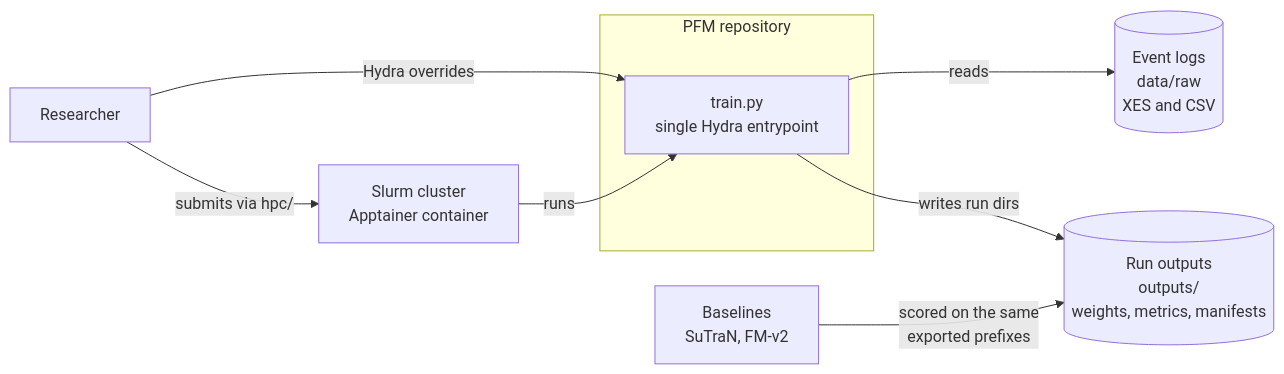
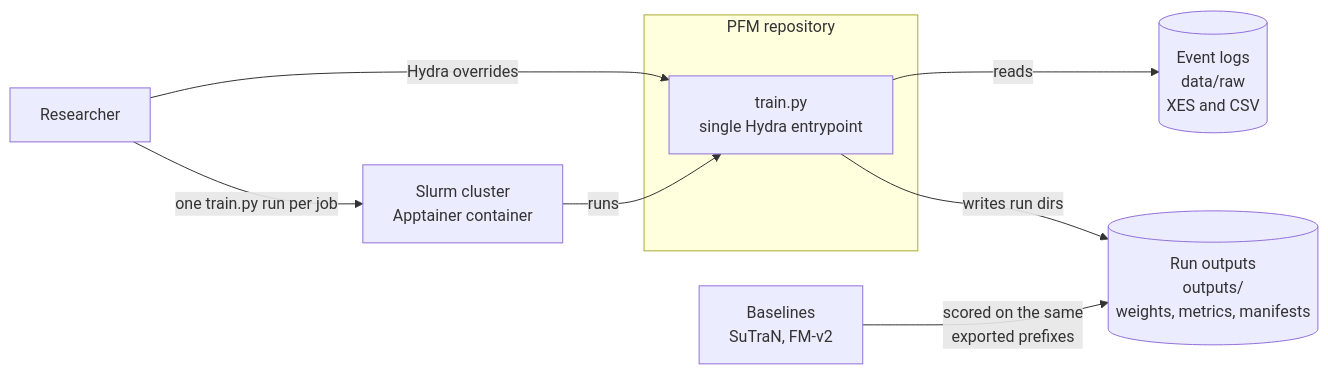
One commit to tuhh-ncps/process-foundation-model changed the first of 4 diagrams in ARCHITECTURE.md. Above: the diagram before and after it, drawn with Mermaid. The commit also changed 64 other files, not shown here.

````diff
--- a/ARCHITECTURE.md
+++ b/ARCHITECTURE.md
@@ -17,18 +17,18 @@
 ```mermaid
 flowchart LR
     R["Researcher"]
     subgraph PFM["PFM repository"]
         E["train.py<br/>single Hydra entrypoint"]
     end
     L[("Event logs<br/>data/raw<br/>XES and CSV")]
     O[("Run outputs<br/>outputs/<br/>weights, metrics, manifests")]
     S["Slurm cluster<br/>Apptainer container"]
     B["Baselines<br/>SuTraN, FM-v2"]
 
     R -->|"Hydra overrides"| E
     E -->|reads| L
     E -->|"writes run dirs"| O
-    R -->|"submits via hpc/"| S
+    R -->|"one train.py run per job"| S
     S -->|runs| E
     B -->|"scored on the same<br/>exported prefixes"| O
 ```
````
